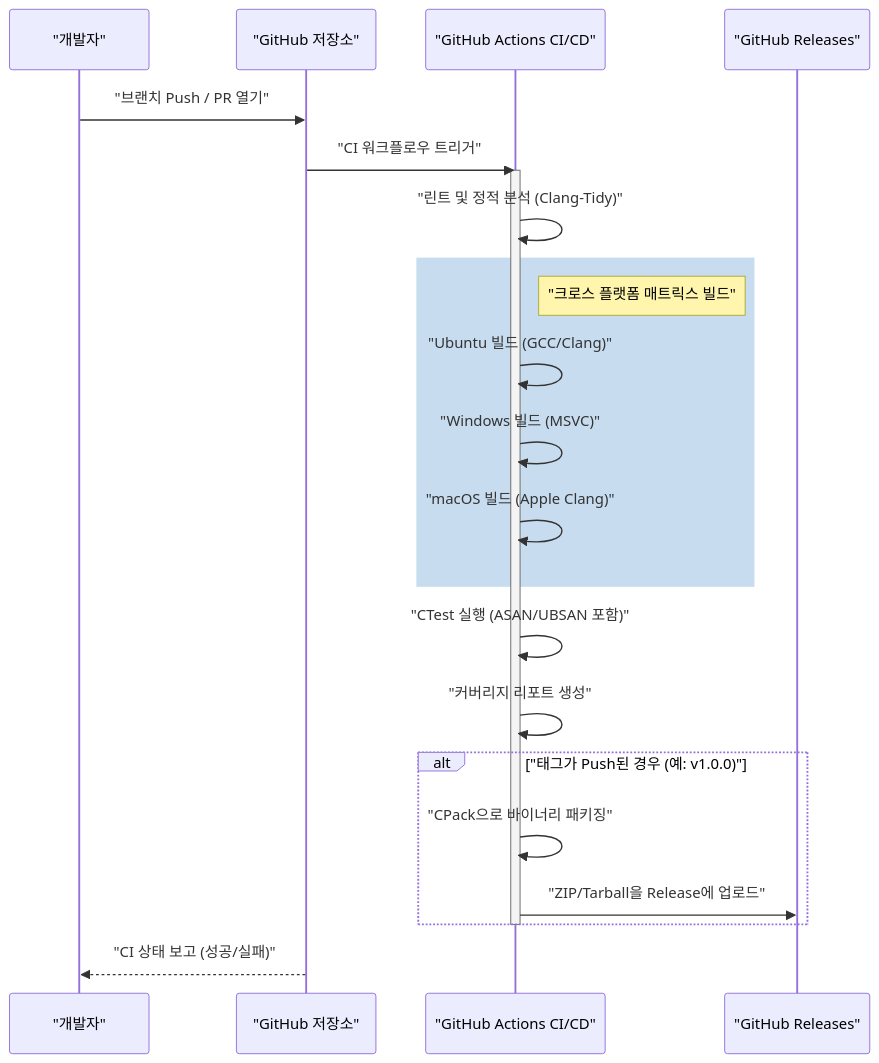
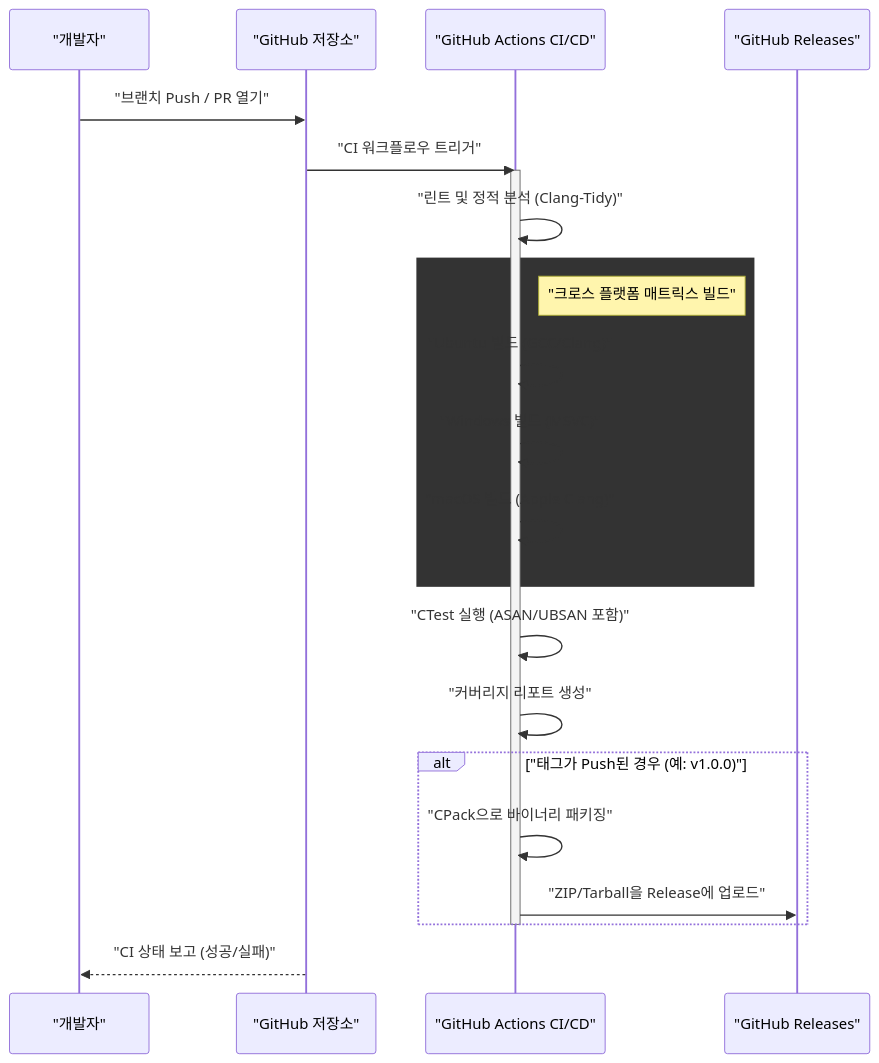
The first of 2 diagrams in content/post/github-actions-cpp/index.ko.md (kenjinote/blog), drawn with Mermaid before and after one commit. The commit also changed 929 other files, not shown here.

Commit message:
fix: Add double quotes to all Mermaid node texts to resolve syntax errors

````diff
--- a/content/post/github-actions-cpp/index.ko.md
+++ b/content/post/github-actions-cpp/index.ko.md
@@ -36,31 +36,31 @@
 ```mermaid
 sequenceDiagram
     participant Dev as "개발자"
     participant Repo as "GitHub 저장소"
     participant Action as "GitHub Actions CI/CD"
     participant Rel as "GitHub Releases"
 
     Dev->>Repo: "브랜치 Push / PR 열기"
     Repo->>Action: "CI 워크플로우 트리거"
     
     activate Action
     Action->>Action: "린트 및 정적 분석 (Clang-Tidy)"
     
-    rect rgb(200, 220, 240)
+    rect rgb("200, 220, 240")
     note right of Action: "크로스 플랫폼 매트릭스 빌드"
     Action->>Action: "Ubuntu 빌드 (GCC/Clang)"
     Action->>Action: "Windows 빌드 (MSVC)"
     Action->>Action: "macOS 빌드 (Apple Clang)"
     end
     
     Action->>Action: "CTest 실행 (ASAN/UBSAN 포함)"
     Action->>Action: "커버리지 리포트 생성"
     
     alt "태그가 Push된 경우 (예: v1.0.0)"
         Action->>Action: "CPack으로 바이너리 패키징"
         Action->>Rel: "ZIP/Tarball을 Release에 업로드"
     end
     deactivate Action
     
     Repo-->>Dev: "CI 상태 보고 (성공/실패)"
 ```
````
